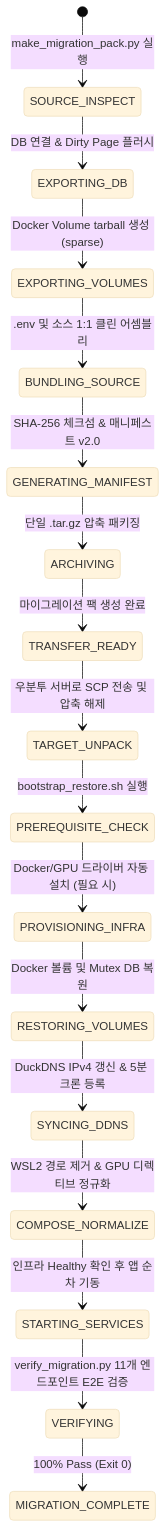
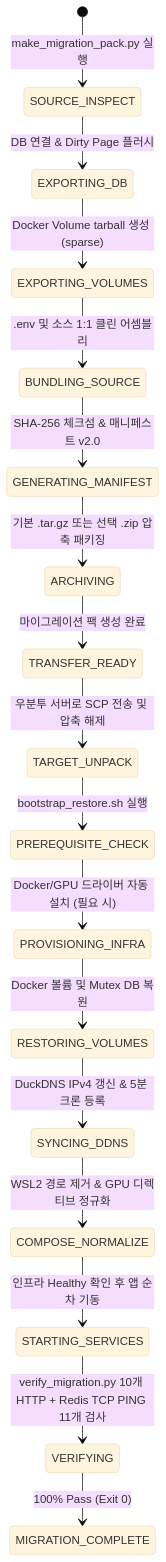
The second of 2 diagrams in specs/043-docker-volume-ubuntu-migration-pack/data-model.md (Ezenitac-AiService/AISERVICE), drawn with Mermaid (base theme) before and after one commit. The commit also changed other lines of this file and 30 other files, not shown here.

````diff
--- a/specs/043-docker-volume-ubuntu-migration-pack/data-model.md
+++ b/specs/043-docker-volume-ubuntu-migration-pack/data-model.md
@@ -122,20 +128,20 @@
 ```mermaid
 stateDiagram-v2
     [*] --> SOURCE_INSPECT: make_migration_pack.py 실행
     SOURCE_INSPECT --> EXPORTING_DB: DB 연결 & Dirty Page 플러시
     EXPORTING_DB --> EXPORTING_VOLUMES: Docker Volume tarball 생성 (sparse)
     EXPORTING_VOLUMES --> BUNDLING_SOURCE: .env 및 소스 1:1 클린 어셈블리
     BUNDLING_SOURCE --> GENERATING_MANIFEST: SHA-256 체크섬 & 매니페스트 v2.0
-    GENERATING_MANIFEST --> ARCHIVING: 단일 .tar.gz 압축 패키징
+    GENERATING_MANIFEST --> ARCHIVING: 기본 .tar.gz 또는 선택 .zip 압축 패키징
     ARCHIVING --> TRANSFER_READY: 마이그레이션 팩 생성 완료
 
     TRANSFER_READY --> TARGET_UNPACK: 우분투 서버로 SCP 전송 및 압축 해제
     TARGET_UNPACK --> PREREQUISITE_CHECK: bootstrap_restore.sh 실행
     PREREQUISITE_CHECK --> PROVISIONING_INFRA: Docker/GPU 드라이버 자동 설치 (필요 시)
     PROVISIONING_INFRA --> RESTORING_VOLUMES: Docker 볼륨 및 Mutex DB 복원
     RESTORING_VOLUMES --> SYNCING_DDNS: DuckDNS IPv4 갱신 & 5분 크론 등록
     SYNCING_DDNS --> COMPOSE_NORMALIZE: WSL2 경로 제거 & GPU 디렉티브 정규화
     COMPOSE_NORMALIZE --> STARTING_SERVICES: 인프라 Healthy 확인 후 앱 순차 기동
-    STARTING_SERVICES --> VERIFYING: verify_migration.py 11개 엔드포인트 E2E 검증
+    STARTING_SERVICES --> VERIFYING: verify_migration.py 10개 HTTP + Redis TCP PING 11개 검사
     VERIFYING --> MIGRATION_COMPLETE: 100% Pass (Exit 0)
 ```
````
